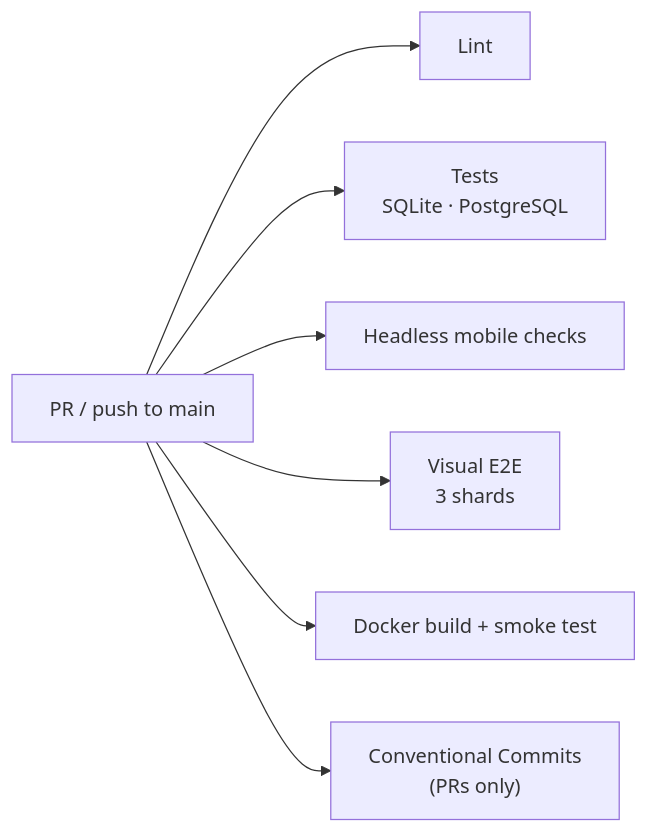
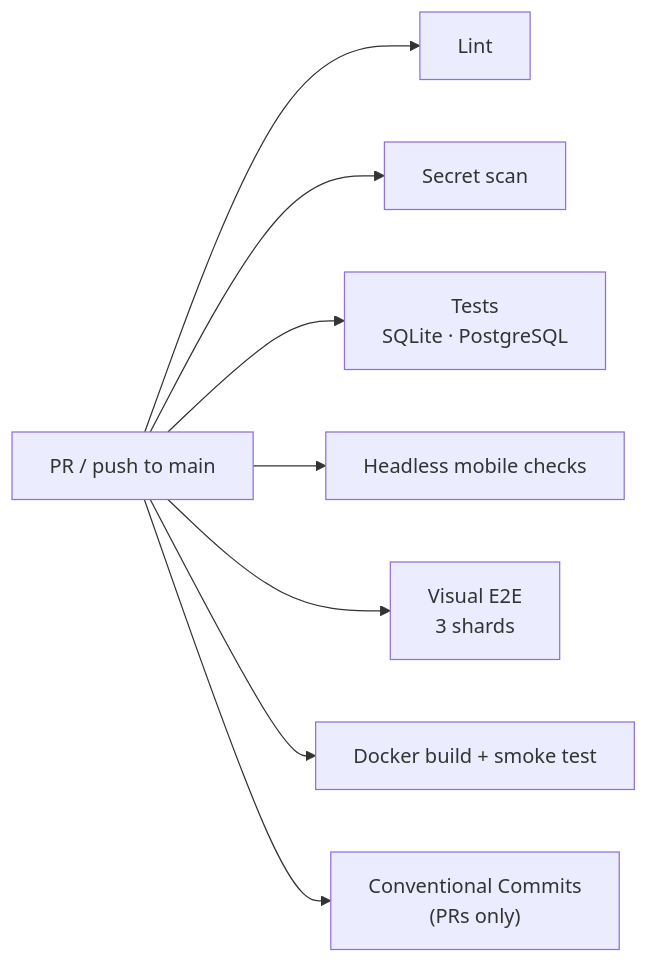
The diagram in docs/ci.md (thordin9/apotheke), drawn with Mermaid before and after one commit. The commit also changed other lines of this file and 5 other files, not shown here.

````diff
--- a/docs/ci.md
+++ b/docs/ci.md
@@ -10,9 +10,10 @@
 ```mermaid
 flowchart LR
   push["PR / push to main"] --> lint["Lint"]
+  push --> secrets["Secret scan"]
   push --> test["Tests<br/>SQLite · PostgreSQL"]
   push --> mobile["Headless mobile checks"]
   push --> e2e["Visual E2E<br/>3 shards"]
   push --> docker["Docker build + smoke test"]
   push --> commits["Conventional Commits<br/>(PRs only)"]
 ```
````
